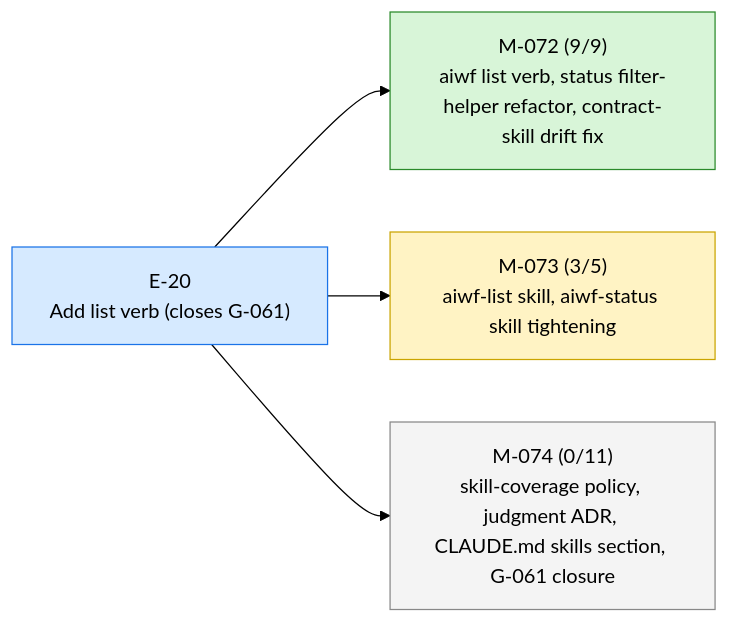
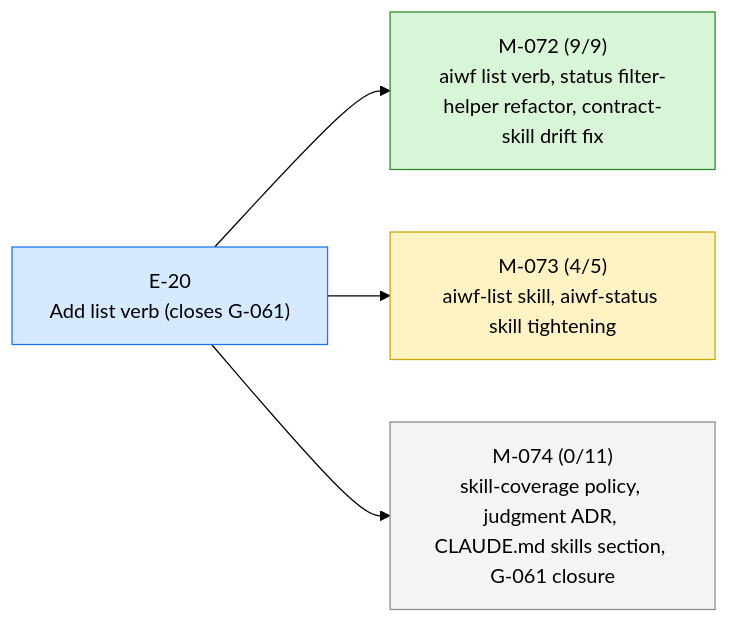
The first of 2 diagrams in STATUS.md (23min/aiwf), drawn with Mermaid (forest theme) before and after one commit. The commit also changed other lines of this file and 1 other file, not shown here.

First line of the commit message:
aiwf promote M-073/AC-4 open -> met

````diff
--- a/STATUS.md
+++ b/STATUS.md
@@ -13,16 +13,16 @@
 ```mermaid
 flowchart LR
   E_20["E-20<br/>Add list verb (closes G-061)"]:::epic_active
   M_072["M-072 (9/9)<br/>aiwf list verb, status filter-helper refactor, contract-skill drift fix"]:::ms_done
   E_20 --> M_072
-  M_073["M-073 (3/5)<br/>aiwf-list skill, aiwf-status skill tightening"]:::ms_in_progress
+  M_073["M-073 (4/5)<br/>aiwf-list skill, aiwf-status skill tightening"]:::ms_in_progress
   E_20 --> M_073
   M_074["M-074 (0/11)<br/>skill-coverage policy, judgment ADR, CLAUDE.md skills section, G-061 closure"]:::ms_draft
   E_20 --> M_074
   classDef epic_active fill:#d6eaff,stroke:#1a73e8,color:#000
   classDef epic_proposed fill:#f4f4f4,stroke:#888,color:#000
   classDef ms_done fill:#d8f5d8,stroke:#2a8a2a,color:#000
   classDef ms_in_progress fill:#fff3c4,stroke:#caa400,color:#000
   classDef ms_draft fill:#f4f4f4,stroke:#888,color:#000
   classDef ms_cancelled fill:#fbeaea,stroke:#c33,color:#000
 ```
````
